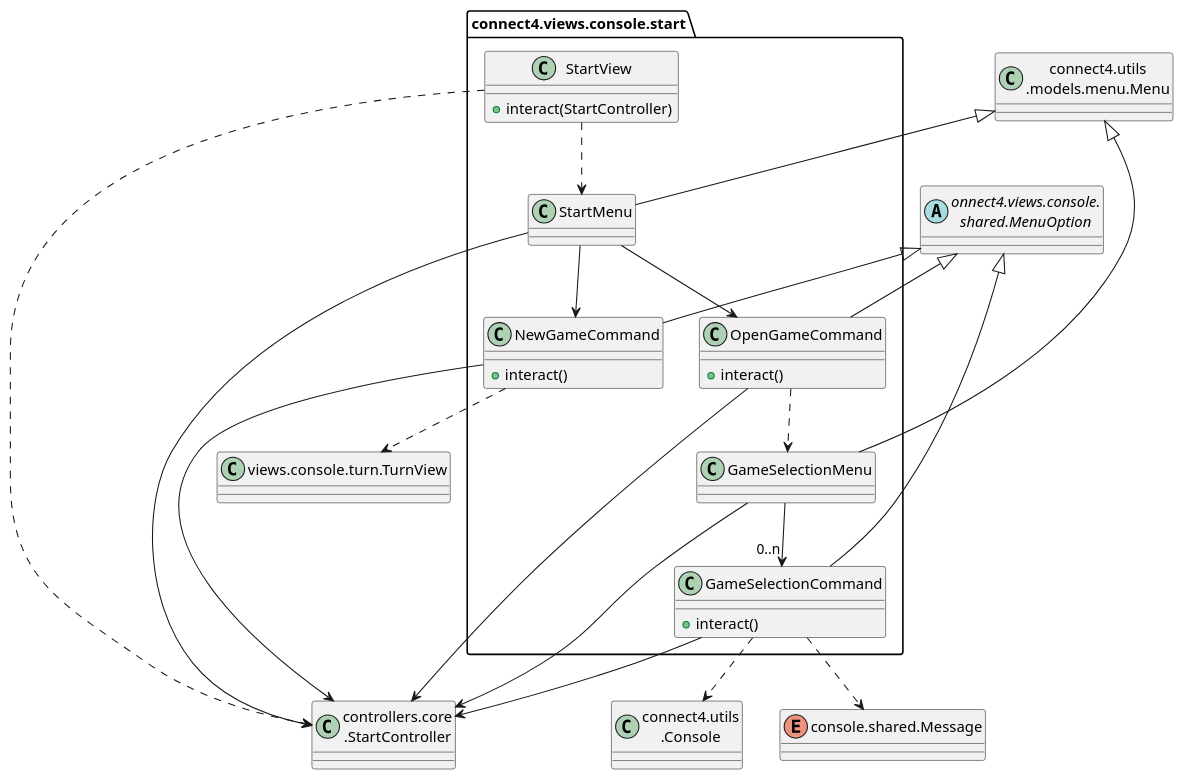
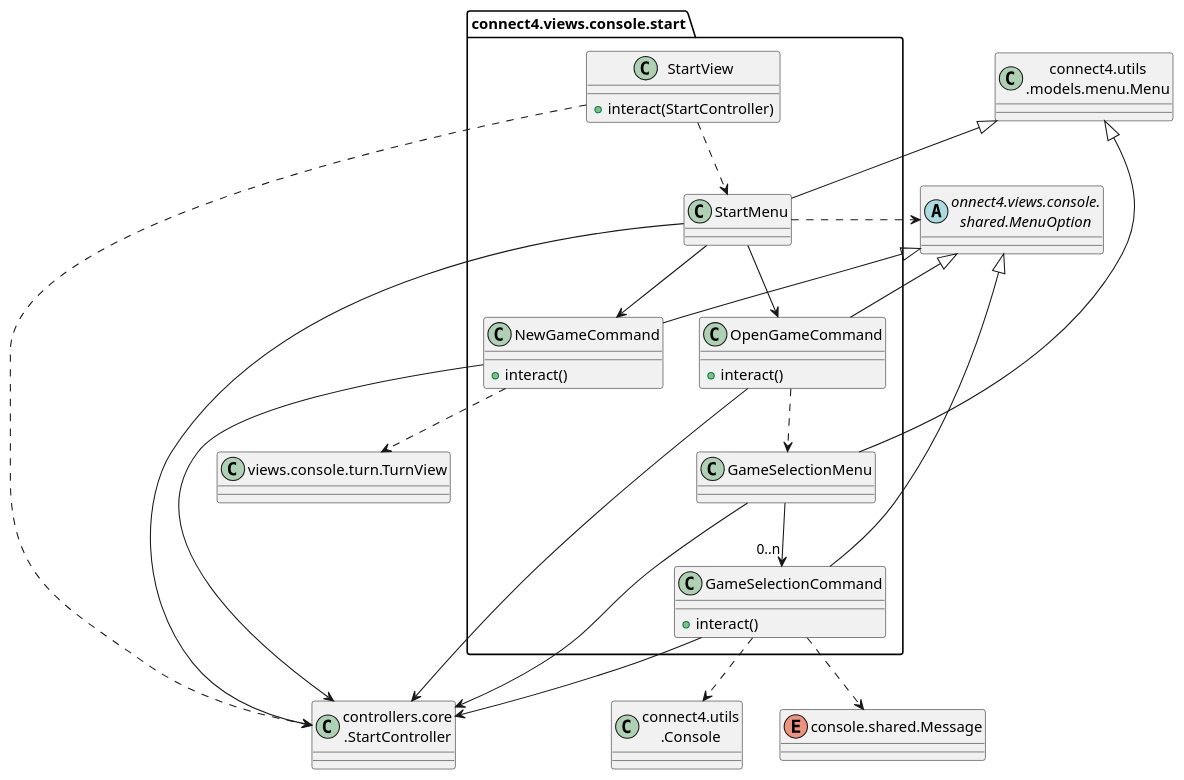
One commit to js-rom/connect4 changed the diagram in connect4/Docs/diagrams/src/packages/connect4.connect4.views.console.start.plantuml. Above: the diagram before and after it, drawn with PlantUML. The commit also changed 10 other files, not shown here.

```diff
--- a/connect4/Docs/diagrams/src/packages/connect4.connect4.views.console.start.plantuml
+++ b/connect4/Docs/diagrams/src/packages/connect4.connect4.views.console.start.plantuml
@@ -1,58 +1,59 @@
 @startuml connect4.connect4.console.start
 
 abstract class MenuOption as  "onnect4.views.console.\nshared.MenuOption"
 class Menu as "connect4.utils\n.models.menu.Menu"
 class Console as "connect4.utils\n.Console"
 enum Message as "console.shared.Message"
 class StartController as "controllers.core\n.StartController"
 
 package start as "connect4.views.console.start"{
     
 }
 
 class start.StartView{
     +interact(StartController)
 }
 
 class TurnView as  "views.console.turn.TurnView" {
 }
 
 class start.StartMenu {
 }
 
 class start.NewGameCommand {
     +interact()
 }
 
 class start.OpenGameCommand {
     +interact()
 }
 
 class start.GameSelectionMenu {
 }
 
 class start.GameSelectionCommand {
     +interact()
 }
 
 Menu <|-- StartMenu
 StartMenu --> NewGameCommand
 StartMenu --> OpenGameCommand
 StartMenu --> StartController
 NewGameCommand ..> TurnView
+StartMenu ..> MenuOption
 MenuOption <|-- NewGameCommand
 MenuOption <|-- OpenGameCommand
 OpenGameCommand --> StartController
 NewGameCommand --> StartController
 MenuOption <|-- GameSelectionCommand
 OpenGameCommand ..> GameSelectionMenu
 GameSelectionMenu --> "0..n" GameSelectionCommand
 GameSelectionMenu --> StartController
 Menu <|-- GameSelectionMenu
 GameSelectionCommand --> StartController
 GameSelectionCommand ..> Console
 GameSelectionCommand ..> Message
 StartView ..> StartController
 StartView ..> StartMenu
 
 @enduml
```
